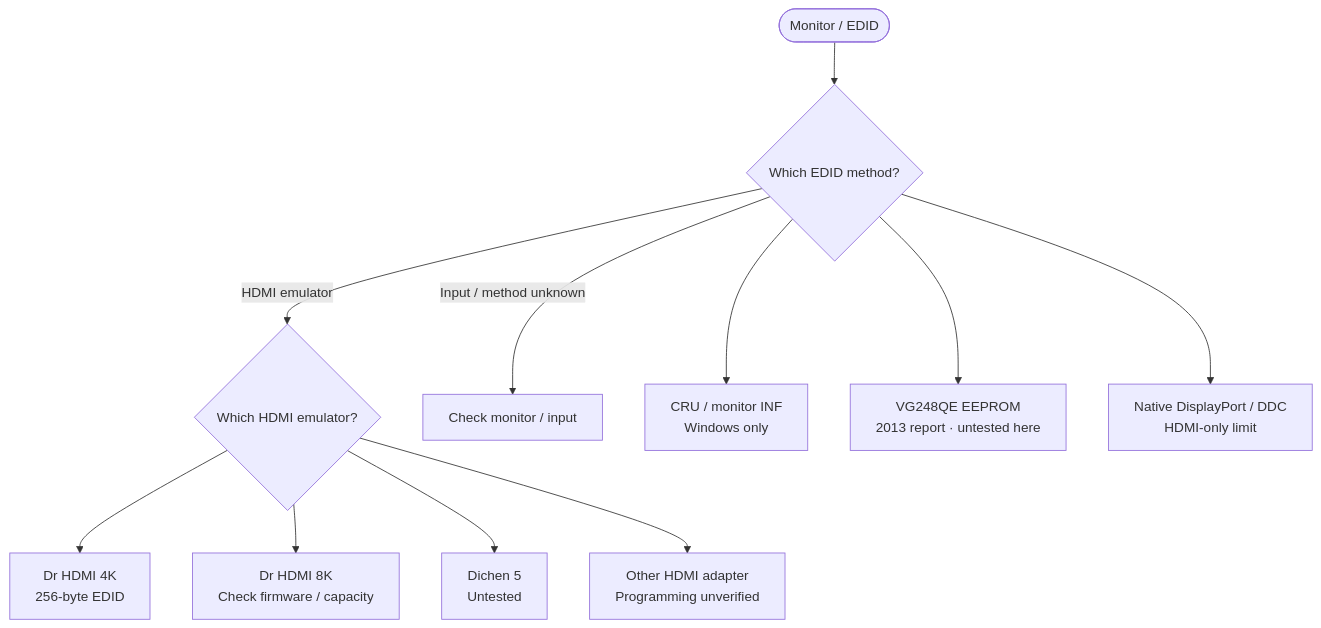
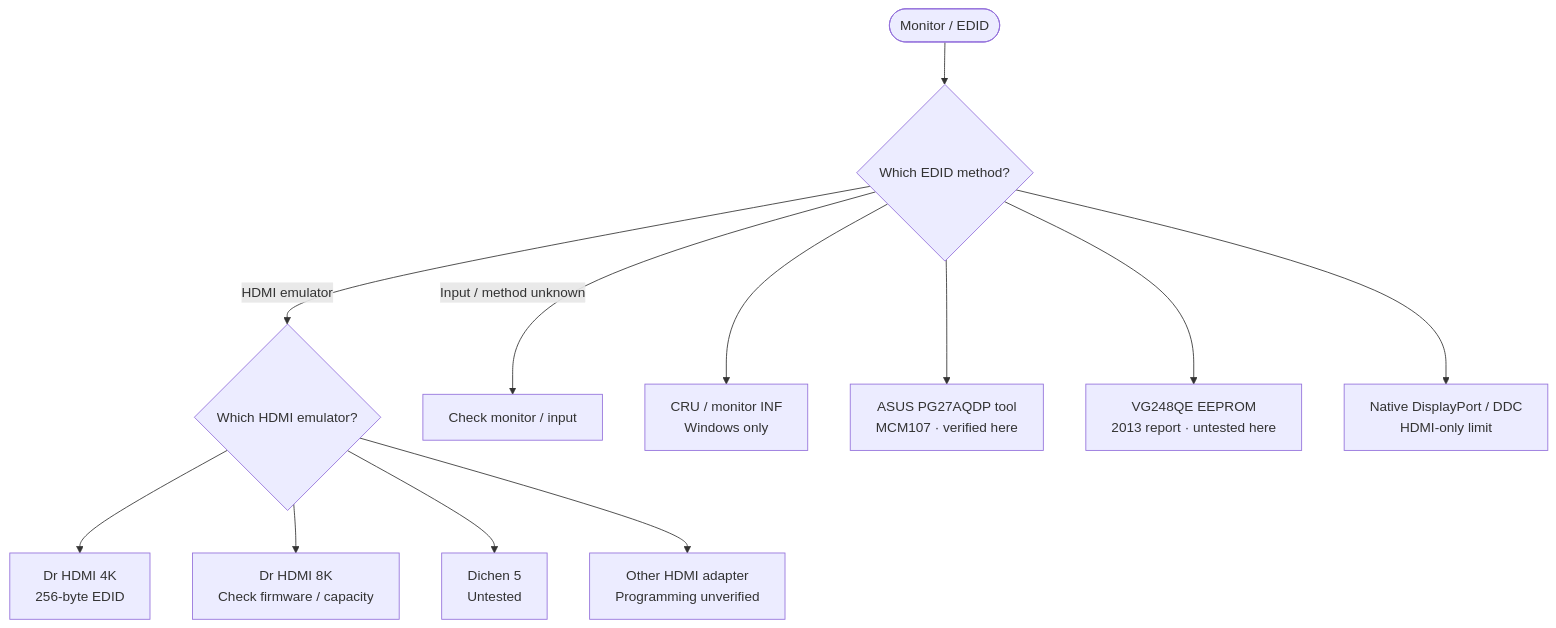
One commit to Fundryi/HWID-Privacy changed the diagram in site/hardware/display.md. Above: the diagram before and after it, drawn with Mermaid. The commit also changed other lines of this file and 8 other files, not shown here.

First line of the commit message:
Monitor guide: add Option 4 firmware tool for the ASUS PG27AQDP

````diff
--- a/site/hardware/display.md
+++ b/site/hardware/display.md
@@ -21,43 +21,47 @@
 ```mermaid
 %% hwid-journey:display
 flowchart TD
   accTitle: Monitor and EDID route
-  accDescr: Choose Windows settings, an HDMI emulator or the monitor EEPROM. Keep the full EDID and signal features.
+  accDescr: Choose Windows settings, an HDMI emulator, the PG27AQDP firmware tool or the monitor EEPROM. Keep the full EDID and signal features.
   j_display_start(["Monitor / EDID"])
   j_display_scope{"Which EDID method?"}
   j_display_device{"Which HDMI emulator?"}
   j_display_identity["Check monitor / input"]
   class j_display_identity journey-identification
   j_display_display_windows["CRU / monitor INF\nWindows only"]
   class j_display_display_windows journey-procedure
   j_display_display_drhdmi4k["Dr HDMI 4K\n256-byte EDID"]
   class j_display_display_drhdmi4k journey-procedure
   j_display_display_drhdmi8k["Dr HDMI 8K\nCheck firmware / capacity"]
   class j_display_display_drhdmi8k journey-procedure
   j_display_display_generic["Other HDMI adapter\nProgramming unverified"]
   class j_display_display_generic journey-limitation
   j_display_display_dichen["Dichen 5\nUntested"]
   class j_display_display_dichen journey-research
+  j_display_display_pg27aqdp["ASUS PG27AQDP tool\nMCM107 · verified here"]
+  class j_display_display_pg27aqdp journey-procedure
   j_display_display_eeprom["VG248QE EEPROM\n2013 report · untested here"]
   class j_display_display_eeprom journey-research
   j_display_display_displayport["Native DisplayPort / DDC\nHDMI-only limit"]
   class j_display_display_displayport journey-limitation
   j_display_start --> j_display_scope
   j_display_scope --> j_display_display_windows
   j_display_scope -->|"HDMI emulator"| j_display_device
+  j_display_scope --> j_display_display_pg27aqdp
   j_display_scope --> j_display_display_eeprom
   j_display_scope --> j_display_display_displayport
   j_display_scope -->|"Input / method unknown"| j_display_identity
   j_display_device --> j_display_display_drhdmi4k
   j_display_device --> j_display_display_drhdmi8k
   j_display_device --> j_display_display_dichen
   j_display_device --> j_display_display_generic
   click j_display_identity href "https://hwid.idkzal.cc/guides/monitor-spoofing/monitor-spoofing.html#how-monitor-identity-is-stored" "Identify EDID / input" _self
   click j_display_display_windows href "https://hwid.idkzal.cc/guides/monitor-spoofing/monitor-spoofing.html#option-1-windows-software-override" "CRU / INF override" _self
   click j_display_display_drhdmi4k href "https://hwid.idkzal.cc/guides/monitor-spoofing/monitor-spoofing.html#dr-hdmi-4k" "Dr HDMI 4K" _self
   click j_display_display_drhdmi8k href "https://hwid.idkzal.cc/guides/monitor-spoofing/monitor-spoofing.html#dr-hdmi-8k" "Dr HDMI 8K" _self
   click j_display_display_generic href "https://hwid.idkzal.cc/guides/monitor-spoofing/monitor-spoofing.html#generic-hdmi-edid-adapters" "Generic adapter limits" _self
   click j_display_display_dichen href "https://hwid.idkzal.cc/guides/monitor-spoofing/monitor-spoofing.html#dichen-5-programmable-fuser" "Dichen research" _self
-  click j_display_display_eeprom href "https://hwid.idkzal.cc/guides/monitor-spoofing/monitor-spoofing.html#option-4-direct-monitor-eeprom-modification" "Direct EEPROM research" _self
+  click j_display_display_pg27aqdp href "https://hwid.idkzal.cc/guides/monitor-spoofing/monitor-spoofing.html#option-4-firmware-tool-for-the-asus-pg27aqdp" "PG27AQDP firmware tool" _self
+  click j_display_display_eeprom href "https://hwid.idkzal.cc/guides/monitor-spoofing/monitor-spoofing.html#option-5-direct-monitor-eeprom-modification" "Direct EEPROM research" _self
   click j_display_display_displayport href "https://hwid.idkzal.cc/guides/monitor-spoofing/monitor-spoofing.html#ddc-ddcci-hdmi-and-displayport" "DisplayPort / DDC limits" _self
 ```
````
